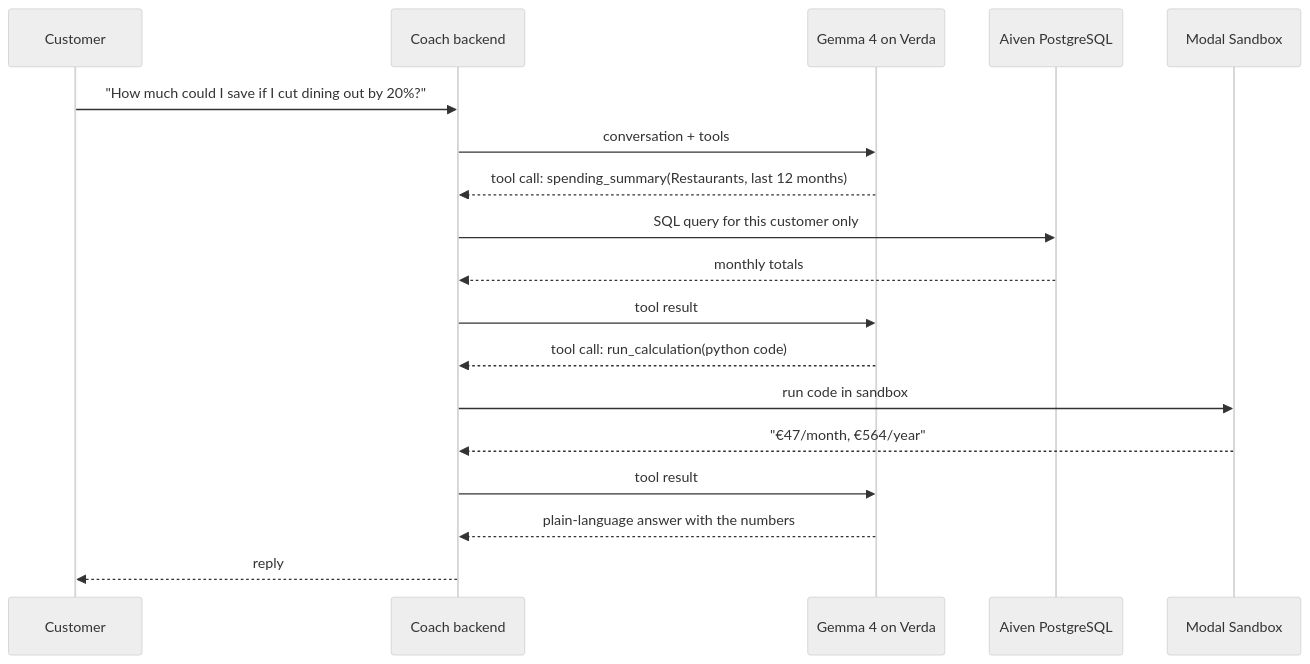
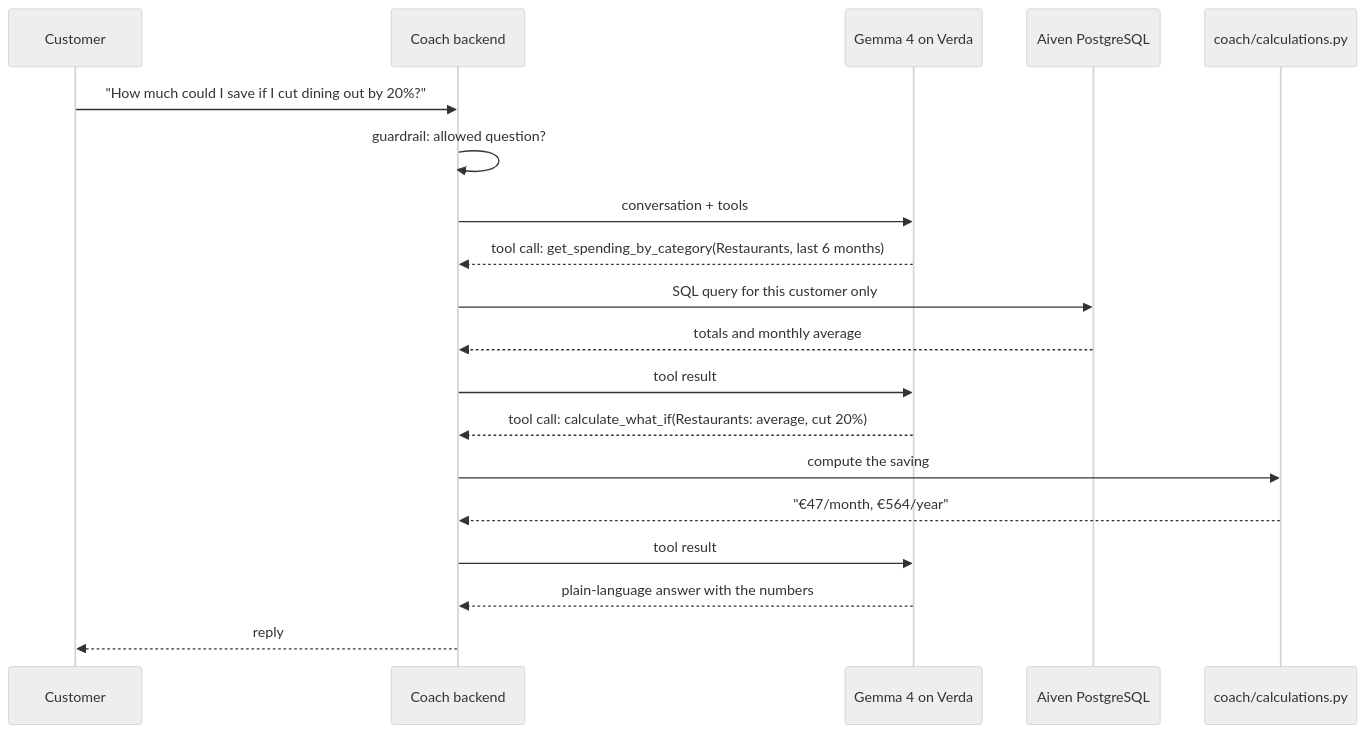
One commit to pinsionparoni/mountain-claude-boys-trek changed the second of 2 diagrams in TECH_STACK.md. Above: the diagram before and after it, drawn with Mermaid (neutral theme). The commit also changed other lines of this file and 2 other files, not shown here.

First line of the commit message:
Docs: charts on request, calculations in code, features we'd built but not described

````diff
--- a/TECH_STACK.md
+++ b/TECH_STACK.md
@@ -51,21 +51,22 @@
 ```mermaid
 sequenceDiagram
     participant U as Customer
     participant A as Coach backend
     participant G as Gemma 4 on Verda
     participant D as Aiven PostgreSQL
-    participant M as Modal Sandbox
+    participant M as coach/calculations.py
 
     U->>A: "How much could I save if I cut dining out by 20%?"
+    A->>A: guardrail: allowed question?
     A->>G: conversation + tools
-    G-->>A: tool call: spending_summary(Restaurants, last 12 months)
+    G-->>A: tool call: get_spending_by_category(Restaurants, last 6 months)
     A->>D: SQL query for this customer only
-    D-->>A: monthly totals
+    D-->>A: totals and monthly average
     A->>G: tool result
-    G-->>A: tool call: run_calculation(python code)
-    A->>M: run code in sandbox
+    G-->>A: tool call: calculate_what_if(Restaurants: average, cut 20%)
+    A->>M: compute the saving
     M-->>A: "€47/month, €564/year"
     A->>G: tool result
     G-->>A: plain-language answer with the numbers
     A-->>U: reply
 ```
````
